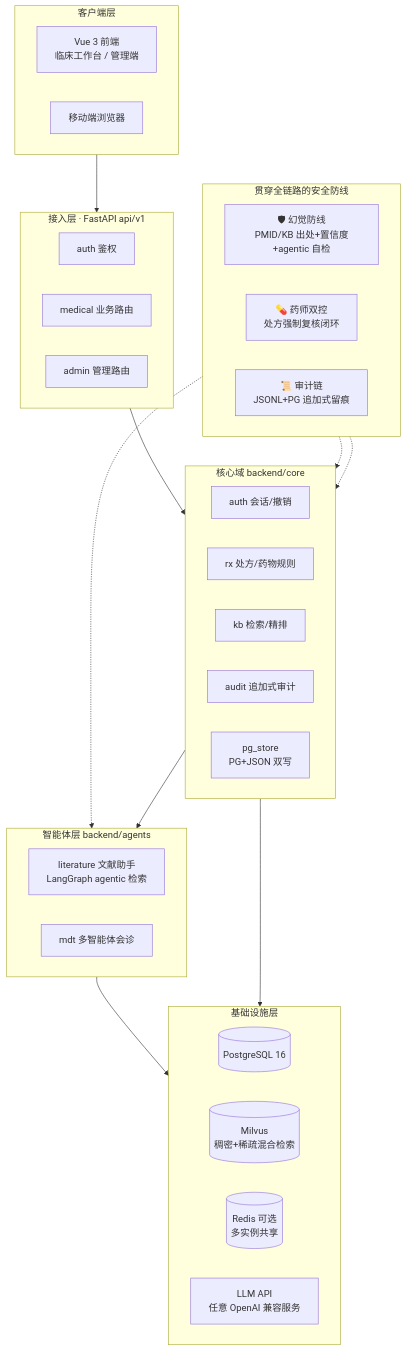
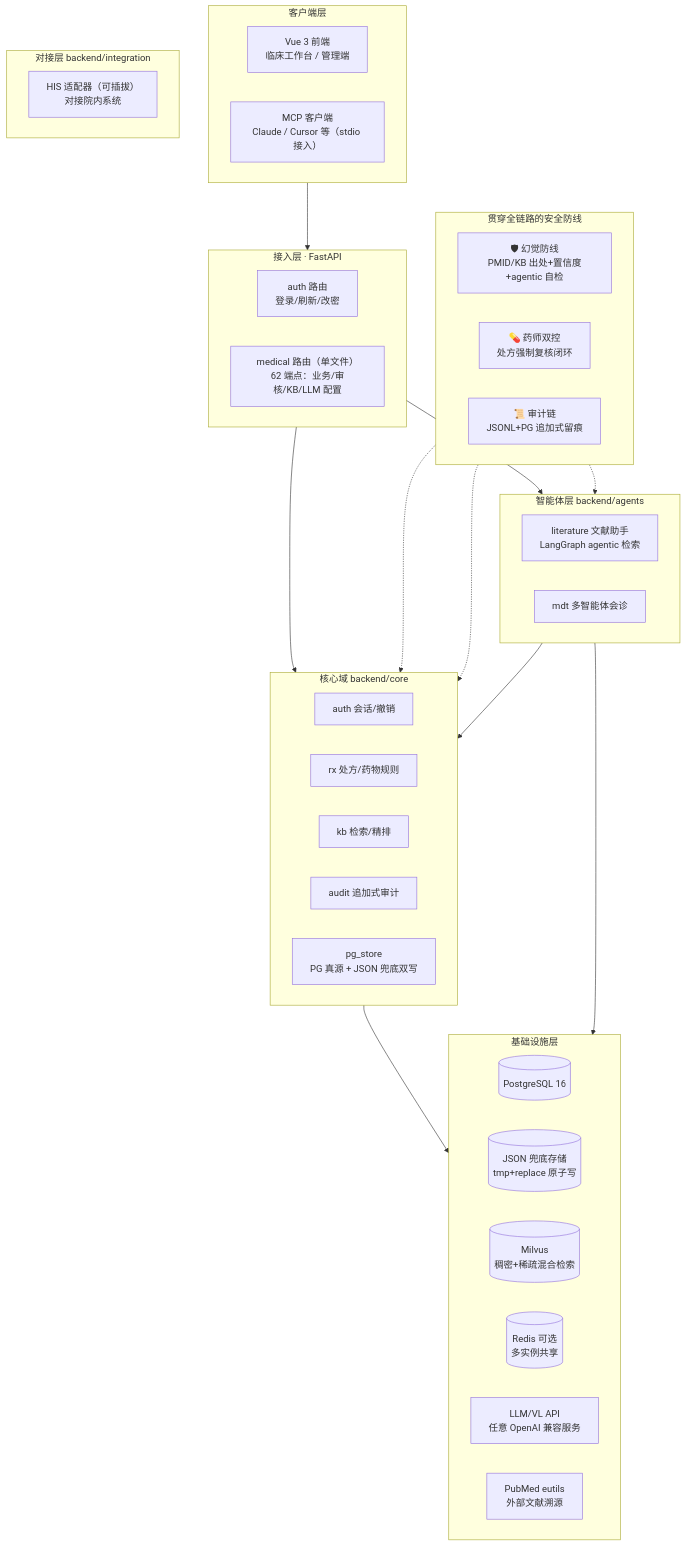
Before and after one commit to poincare-lijiashu/medical-agent: the diagram in README.md, drawn with Mermaid.

Commit message:
docs: fix architecture diagram - correct api->agents dependency direction, add MCP/PubMed/JSON-fallback/integration

````diff
--- a/README.md
+++ b/README.md
@@ -88,55 +88,62 @@
 ```mermaid
 flowchart TB
     subgraph CLIENT["客户端层"]
         direction LR
         FE["Vue 3 前端<br/>临床工作台 / 管理端"]
-        MOBILE["移动端浏览器"]
+        MCPC["MCP 客户端<br/>Claude / Cursor 等（stdio 接入）"]
     end
 
-    subgraph API["接入层 · FastAPI api/v1"]
+    subgraph API["接入层 · FastAPI"]
         direction LR
-        AUTHR["auth 鉴权"]
-        MEDR["medical 业务路由"]
-        ADMINR["admin 管理路由"]
+        AUTHR["auth 路由<br/>登录/刷新/改密"]
+        MEDR["medical 路由（单文件）<br/>62 端点：业务/审核/KB/LLM 配置"]
+    end
+
+    subgraph AGENTS["智能体层 backend/agents"]
+        direction LR
+        LIT["literature 文献助手<br/>LangGraph agentic 检索"]
+        MDT["mdt 多智能体会诊"]
     end
 
     subgraph CORE["核心域 backend/core"]
         direction LR
         COREAUTH["auth 会话/撤销"]
         RX["rx 处方/药物规则"]
         KBC["kb 检索/精排"]
         AUDIT["audit 追加式审计"]
-        PGS["pg_store<br/>PG+JSON 双写"]
+        PGS["pg_store<br/>PG 真源 + JSON 兜底双写"]
     end
 
-    subgraph AGENTS["智能体层 backend/agents"]
+    subgraph INT["对接层 backend/integration"]
         direction LR
-        LIT["literature 文献助手<br/>LangGraph agentic 检索"]
-        MDT["mdt 多智能体会诊"]
+        HIS["HIS 适配器（可插拔）<br/>对接院内系统"]
     end
 
     subgraph INFRA["基础设施层"]
         direction LR
         PGDB[("PostgreSQL 16")]
+        JFILE[("JSON 兜底存储<br/>tmp+replace 原子写")]
         MILVUS[("Milvus<br/>稠密+稀疏混合检索")]
         REDIS[("Redis 可选<br/>多实例共享")]
-        LLM["LLM API<br/>任意 OpenAI 兼容服务"]
+        LLM["LLM/VL API<br/>任意 OpenAI 兼容服务"]
+        PUBMED["PubMed eutils<br/>外部文献溯源"]
     end
 
     CLIENT --> API
     API --> CORE
-    CORE --> AGENTS
+    API --> AGENTS
+    AGENTS --> CORE
     CORE --> INFRA
     AGENTS --> INFRA
 
     subgraph SEC["贯穿全链路的安全防线"]
         direction LR
         S1["🛡 幻觉防线<br/>PMID/KB 出处+置信度+agentic 自检"]
         S2["💊 药师双控<br/>处方强制复核闭环"]
         S3["📜 审计链<br/>JSONL+PG 追加式留痕"]
     end
 
     S1 -.-> LIT
     S2 -.-> RX
     S3 -.-> AUDIT
 ```
````
